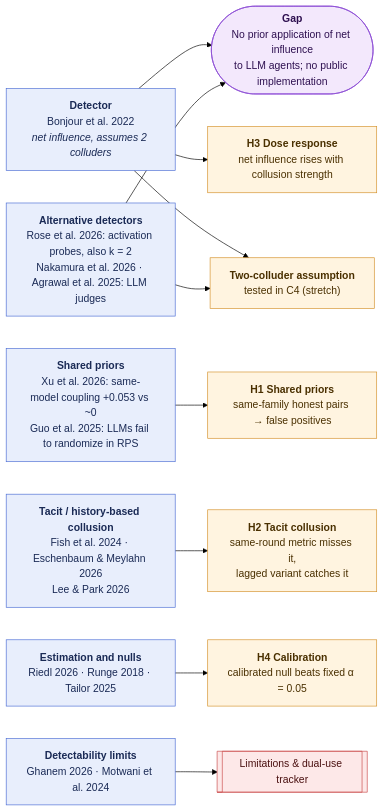
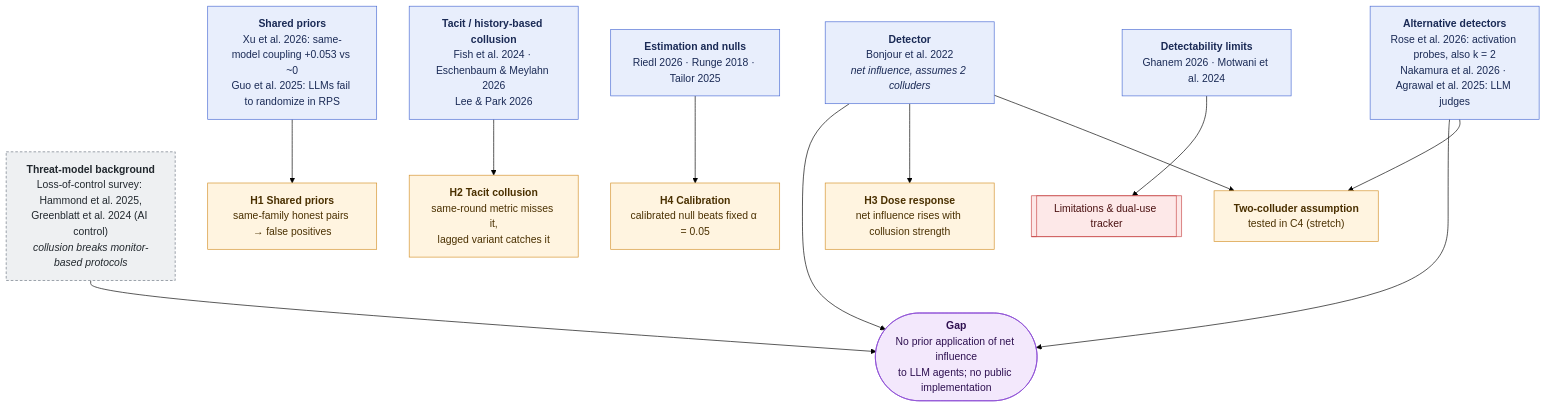
One commit to blarencecoey/net-influence-llm changed the second of 3 diagrams in README.md. Above: the diagram before and after it, drawn with Mermaid (forest theme). The commit also changed other lines of this file, not shown here.

Commit message:
README: add loss-of-control survey to sources diagram
Adds the threat-model background as a grey box feeding the gap and
switches diagram 2 to a top-down layout so no arrows pass behind boxes.

Claude-Session: https://claude.ai/code/session_01ELuzGpQHgCQB5JGtVsV17J

````diff
--- a/README.md
+++ b/README.md
@@ -49,37 +49,40 @@
 ```mermaid
-flowchart LR
+flowchart TB
+    P4["<b>Alternative detectors</b><br/>Rose et al. 2026: activation probes, also k = 2<br/>Nakamura et al. 2026 · Agrawal et al. 2025: LLM judges"]
     P0["<b>Detector</b><br/>Bonjour et al. 2022<br/><i>net influence, assumes 2 colluders</i>"]
-    P4["<b>Alternative detectors</b><br/>Rose et al. 2026: activation probes, also k = 2<br/>Nakamura et al. 2026 · Agrawal et al. 2025: LLM judges"]
+    P6["<b>Threat-model background</b><br/>Loss-of-control survey: Hammond et al. 2025,<br/>Greenblatt et al. 2024 (AI control)<br/><i>collusion breaks monitor-based protocols</i>"]
+    GAP(["<b>Gap</b><br/>No prior application of net influence<br/>to LLM agents; no public implementation"])
     P1["<b>Shared priors</b><br/>Xu et al. 2026: same-model coupling +0.053 vs ~0<br/>Guo et al. 2025: LLMs fail to randomize in RPS"]
+    H1["<b>H1 Shared priors</b><br/>same-family honest pairs → false positives"]
     P2["<b>Tacit / history-based collusion</b><br/>Fish et al. 2024 · Eschenbaum & Meylahn 2026<br/>Lee & Park 2026"]
+    H2["<b>H2 Tacit collusion</b><br/>same-round metric misses it,<br/>lagged variant catches it"]
     P3["<b>Estimation and nulls</b><br/>Riedl 2026 · Runge 2018 · Tailor 2025"]
+    H4["<b>H4 Calibration</b><br/>calibrated null beats fixed α = 0.05"]
+    H3["<b>H3 Dose response</b><br/>net influence rises with collusion strength"]
+    A1["<b>Two-colluder assumption</b><br/>tested in C4 (stretch)"]
     P5["<b>Detectability limits</b><br/>Ghanem 2026 · Motwani et al. 2024"]
-
-    GAP(["<b>Gap</b><br/>No prior application of net influence<br/>to LLM agents; no public implementation"])
-
-    H1["<b>H1 Shared priors</b><br/>same-family honest pairs → false positives"]
-    H2["<b>H2 Tacit collusion</b><br/>same-round metric misses it,<br/>lagged variant catches it"]
-    H3["<b>H3 Dose response</b><br/>net influence rises with collusion strength"]
-    H4["<b>H4 Calibration</b><br/>calibrated null beats fixed α = 0.05"]
-    A1["<b>Two-colluder assumption</b><br/>tested in C4 (stretch)"]
     LIM[["Limitations & dual-use tracker"]]
 
     P0 --> GAP
     P4 --> GAP
     P1 --> H1
     P2 --> H2
     P0 --> H3
     P3 --> H4
     P0 --> A1
     P4 --> A1
     P5 --> LIM
+    P6 --> GAP
+    A1 ~~~ GAP
 
     classDef src fill:#e8eefc,stroke:#4a6cd4,color:#1a2a55
     classDef gap fill:#f3e8fc,stroke:#8a4ad4,color:#2e1050
     classDef hyp fill:#fff4e0,stroke:#d4912a,color:#4a3000
     classDef lim fill:#fde8e8,stroke:#c94a4a,color:#4a1010
+    classDef bg fill:#eef0f2,stroke:#6b7480,color:#22282e,stroke-dasharray: 4 3
     class P0,P1,P2,P3,P4,P5 src
+    class P6 bg
     class GAP gap
     class H1,H2,H3,H4,A1 hyp
     class LIM lim
 ```
````
